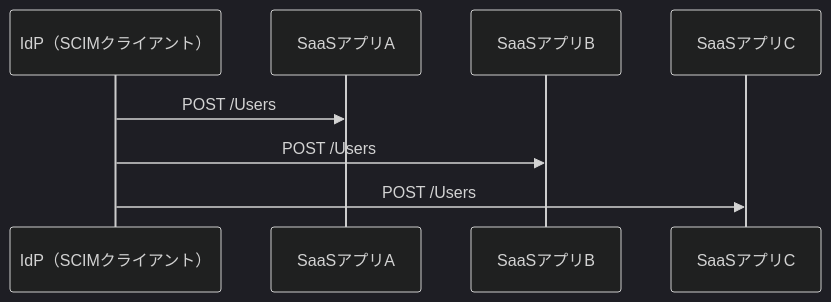
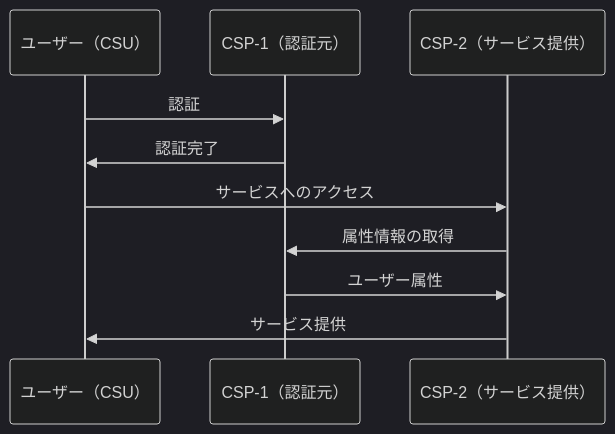
One commit to nbifrye/idbok changed the second of 5 diagrams in docs/specs/rfc7642.md. Above: the diagram before and after it, drawn with Mermaid (dark theme). The commit also changed other lines of this file, not shown here.

````diff
--- a/docs/specs/rfc7642.md
+++ b/docs/specs/rfc7642.md
@@ -72,11 +77,13 @@
 ```mermaid
 sequenceDiagram
-    participant IdP as IdP（SCIMクライアント）
-    participant SP1 as SaaSアプリA
-    participant SP2 as SaaSアプリB
-    participant SP3 as SaaSアプリC
+    participant CSU as ユーザー（CSU）
+    participant CSP1 as CSP-1（認証元）
+    participant CSP2 as CSP-2（サービス提供）
 
-    IdP->>SP1: POST /Users
-    IdP->>SP2: POST /Users
-    IdP->>SP3: POST /Users
+    CSU->>CSP1: 認証
+    CSP1->>CSU: 認証完了
+    CSU->>CSP2: サービスへのアクセス
+    CSP2->>CSP1: 属性情報の取得
+    CSP1->>CSP2: ユーザー属性
+    CSP2->>CSU: サービス提供
 ```
````
